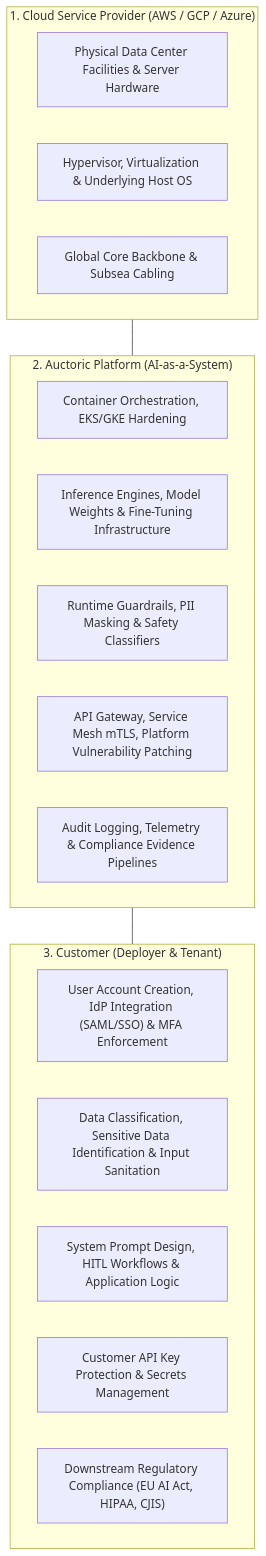
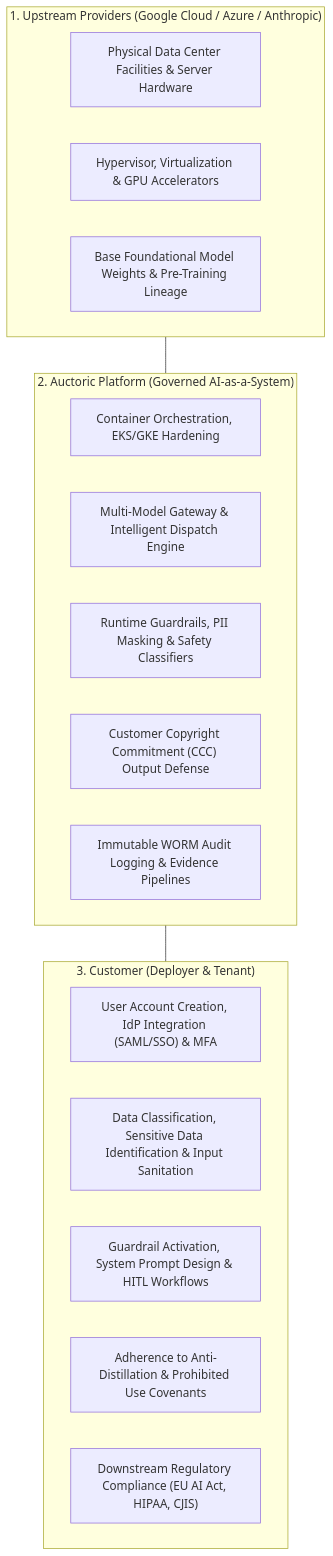
The diagram in docs/security-trust/shared-responsibility-matrix.md (Auctoric/auctoric-compliance-framework), drawn with Mermaid before and after one commit. The commit also changed other lines of this file and 6 other files, not shown here.

Commit message:
feat(compliance): modernize framework with modular SST, Google flow-downs, and Customer Copyright Commitment

````diff
--- a/docs/security-trust/shared-responsibility-matrix.md
+++ b/docs/security-trust/shared-responsibility-matrix.md
@@ -20,26 +21,26 @@
 ```mermaid
 flowchart TD
-    subgraph CSP["1. Cloud Service Provider (AWS / GCP / Azure)"]
+    subgraph CSP["1. Upstream Providers (Google Cloud / Azure / Anthropic)"]
         Phys["Physical Data Center Facilities & Server Hardware"]
-        Virt["Hypervisor, Virtualization & Underlying Host OS"]
-        NetB["Global Core Backbone & Subsea Cabling"]
+        Virt["Hypervisor, Virtualization & GPU Accelerators"]
+        BaseModels["Base Foundational Model Weights & Pre-Training Lineage"]
     end
 
-    subgraph Auctoric["2. Auctoric Platform (AI-as-a-System)"]
+    subgraph Auctoric["2. Auctoric Platform (Governed AI-as-a-System)"]
         Kubernetes["Container Orchestration, EKS/GKE Hardening"]
-        AIEngine["Inference Engines, Model Weights & Fine-Tuning Infrastructure"]
+        Router["Multi-Model Gateway & Intelligent Dispatch Engine"]
         Guardrails["Runtime Guardrails, PII Masking & Safety Classifiers"]
-        APISec["API Gateway, Service Mesh mTLS, Platform Vulnerability Patching"]
-        AuditLog["Audit Logging, Telemetry & Compliance Evidence Pipelines"]
+        CCC["Customer Copyright Commitment (CCC) Output Defense"]
+        AuditLog["Immutable WORM Audit Logging & Evidence Pipelines"]
     end
 
     subgraph Customer["3. Customer (Deployer & Tenant)"]
-        IAM["User Account Creation, IdP Integration (SAML/SSO) & MFA Enforcement"]
+        IAM["User Account Creation, IdP Integration (SAML/SSO) & MFA"]
         DataGov["Data Classification, Sensitive Data Identification & Input Sanitation"]
-        PromptGov["System Prompt Design, HITL Workflows & Application Logic"]
-        KeySec["Customer API Key Protection & Secrets Management"]
+        SafetyGov["Guardrail Activation, System Prompt Design & HITL Workflows"]
+        AntiDistill["Adherence to Anti-Distillation & Prohibited Use Covenants"]
         Downstream["Downstream Regulatory Compliance (EU AI Act, HIPAA, CJIS)"]
     end
 
     CSP --- Auctoric --- Customer
 ```
````
